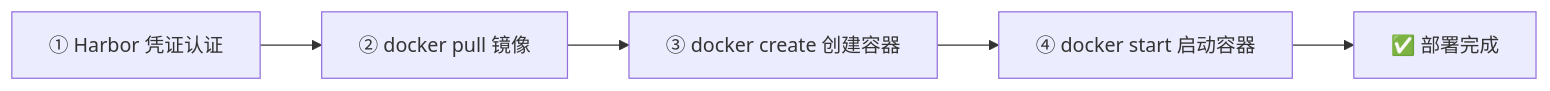
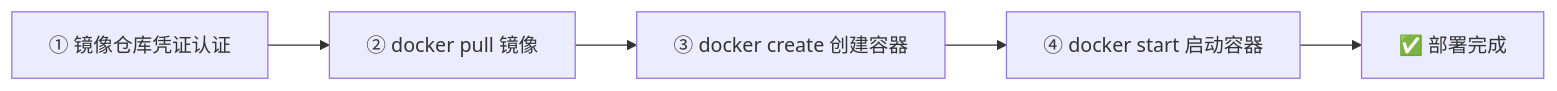
One commit to zzx1314/rust-admin changed the third of 5 diagrams in APPSTORE.md. Above: the diagram before and after it, drawn with Mermaid. The commit also changed other lines of this file, not shown here.

Commit message:
fix: Update documentation to replace 'Harbor' with '镜像仓库' for consistency

````diff
--- a/APPSTORE.md
+++ b/APPSTORE.md
@@ -299,7 +299,7 @@
 ```mermaid
 flowchart LR
-    A["① Harbor 凭证认证"] --> B["② docker pull 镜像"]
+    A["① 镜像仓库凭证认证"] --> B["② docker pull 镜像"]
     B --> C["③ docker create 创建容器"]
     C --> D["④ docker start 启动容器"]
     D --> E["✅ 部署完成"]
 ```
````
